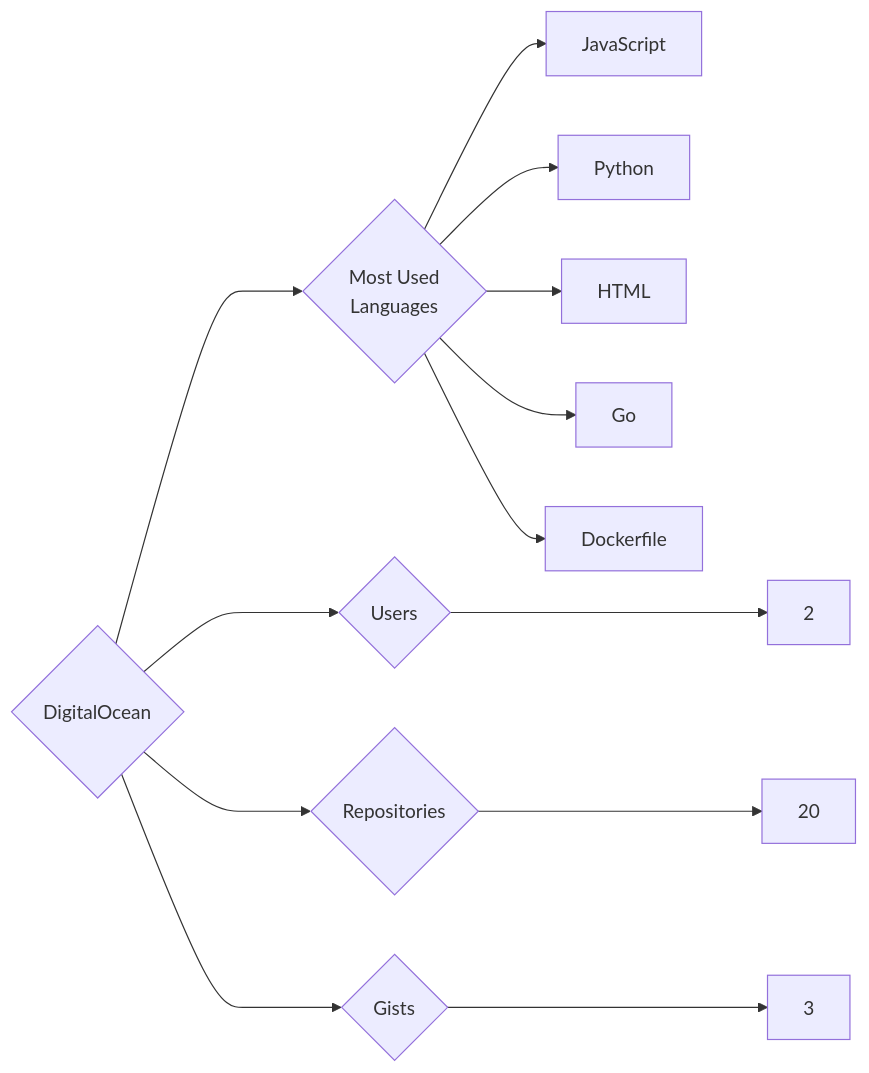
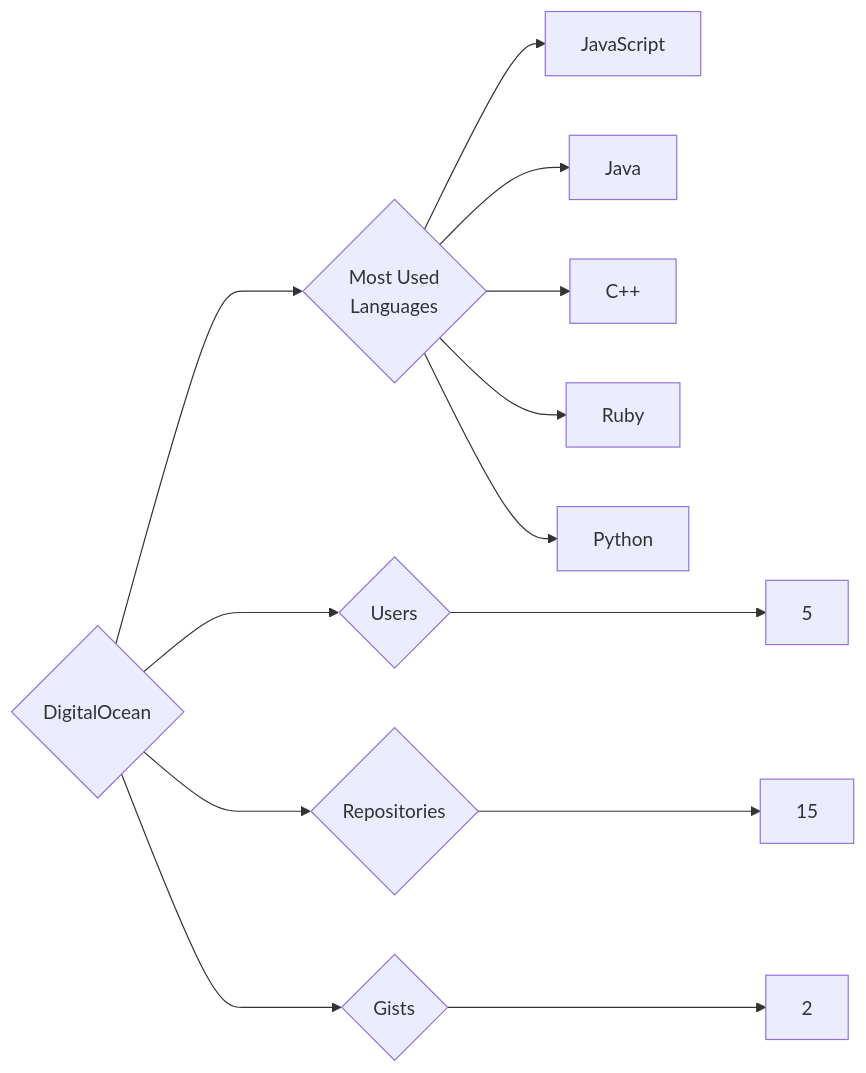
The diagram in targets/DigitalOcean/README.md (trickest/insiders), drawn with Mermaid before and after one commit. The commit also changed 1023 other files, not shown here.

````diff
--- a/targets/DigitalOcean/README.md
+++ b/targets/DigitalOcean/README.md
@@ -3,13 +3,13 @@
 ```mermaid
 graph LR
 COMPANY_NAME{DigitalOcean}
-COMPANY_NAME ---> U{Users} ---> UN[2]
-COMPANY_NAME ---> R{Repositories} ---> RN[20]
-COMPANY_NAME ---> G{Gists} ---> GN[3]
+COMPANY_NAME ---> U{Users} ---> UN[5]
+COMPANY_NAME ---> R{Repositories} ---> RN[15]
+COMPANY_NAME ---> G{Gists} ---> GN[2]
 COMPANY_NAME ---> ML{Most Used<br>Languages}
 ML --> JavaScript[JavaScript]
+ML --> Java[Java]
+ML --> C++[C++]
+ML --> Ruby[Ruby]
 ML --> Python[Python]
-ML --> HTML[HTML]
-ML --> Go[Go]
-ML --> Dockerfile[Dockerfile]
 ```
````
